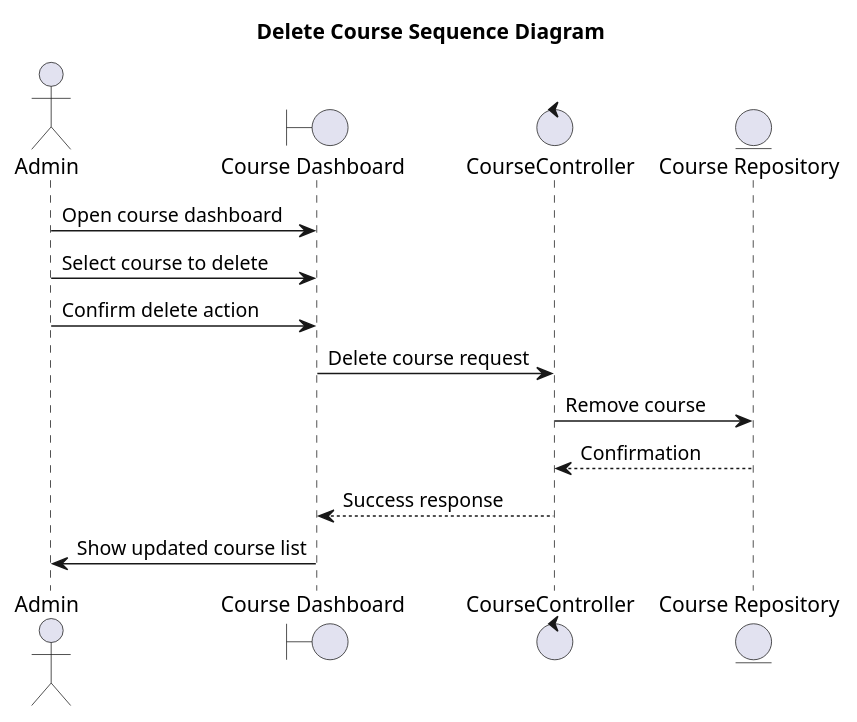
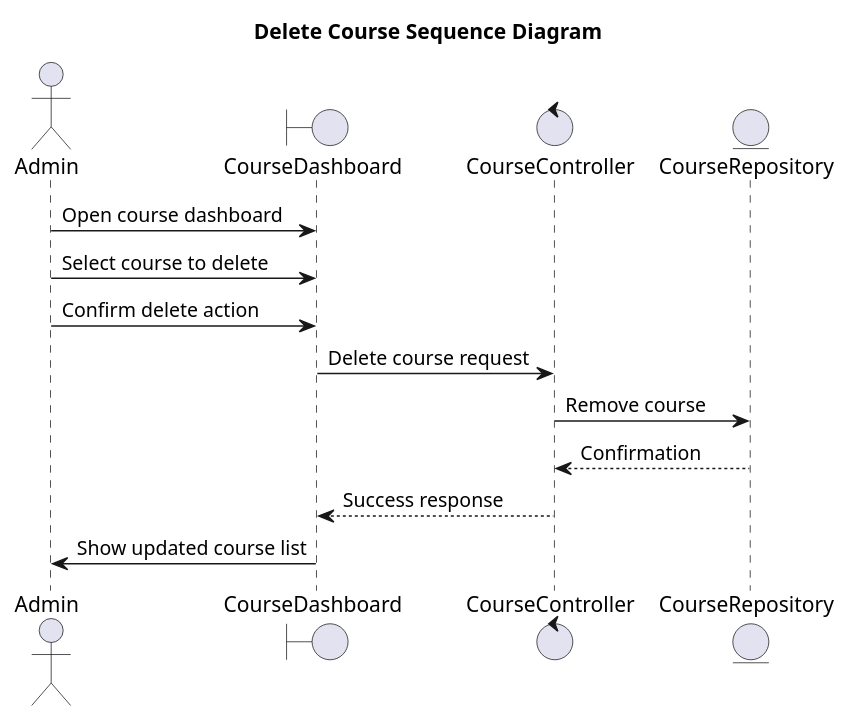
One commit to Huangphoux/uit-SE357_requirement changed the diagram in docs/2. Diagrams/Sequence diagram/4. ManageCourses/DeleteCourses.pu. Above: the diagram before and after it, drawn with PlantUML. The commit also changed 41 other files, not shown here.

Commit message:
Add all sequence diagrams

```diff
--- a/docs/2. Diagrams/Sequence diagram/4. ManageCourses/DeleteCourses.pu
+++ b/docs/2. Diagrams/Sequence diagram/4. ManageCourses/DeleteCourses.pu
@@ -1,18 +1,18 @@
 @startuml DeleteCourse
 title Delete Course Sequence Diagram
 
 actor Admin
-boundary "Course Dashboard"
-control "CourseController"
-entity "Course Repository"
+boundary CourseDashboard
+control CourseController
+entity CourseRepository
 
-Admin -> "Course Dashboard" : Open course dashboard
-Admin -> "Course Dashboard" : Select course to delete
-Admin -> "Course Dashboard" : Confirm delete action
-"Course Dashboard" -> "CourseController" : Delete course request
-"CourseController" -> "Course Repository" : Remove course
-"Course Repository" --> "CourseController" : Confirmation
-"CourseController" --> "Course Dashboard" : Success response
-"Course Dashboard" -> Admin : Show updated course list
+Admin -> CourseDashboard : Open course dashboard
+Admin -> CourseDashboard : Select course to delete
+Admin -> CourseDashboard : Confirm delete action
+CourseDashboard -> CourseController : Delete course request
+CourseController -> CourseRepository : Remove course
+CourseRepository --> CourseController : Confirmation
+CourseController --> CourseDashboard : Success response
+CourseDashboard -> Admin : Show updated course list
 
 @enduml
```
